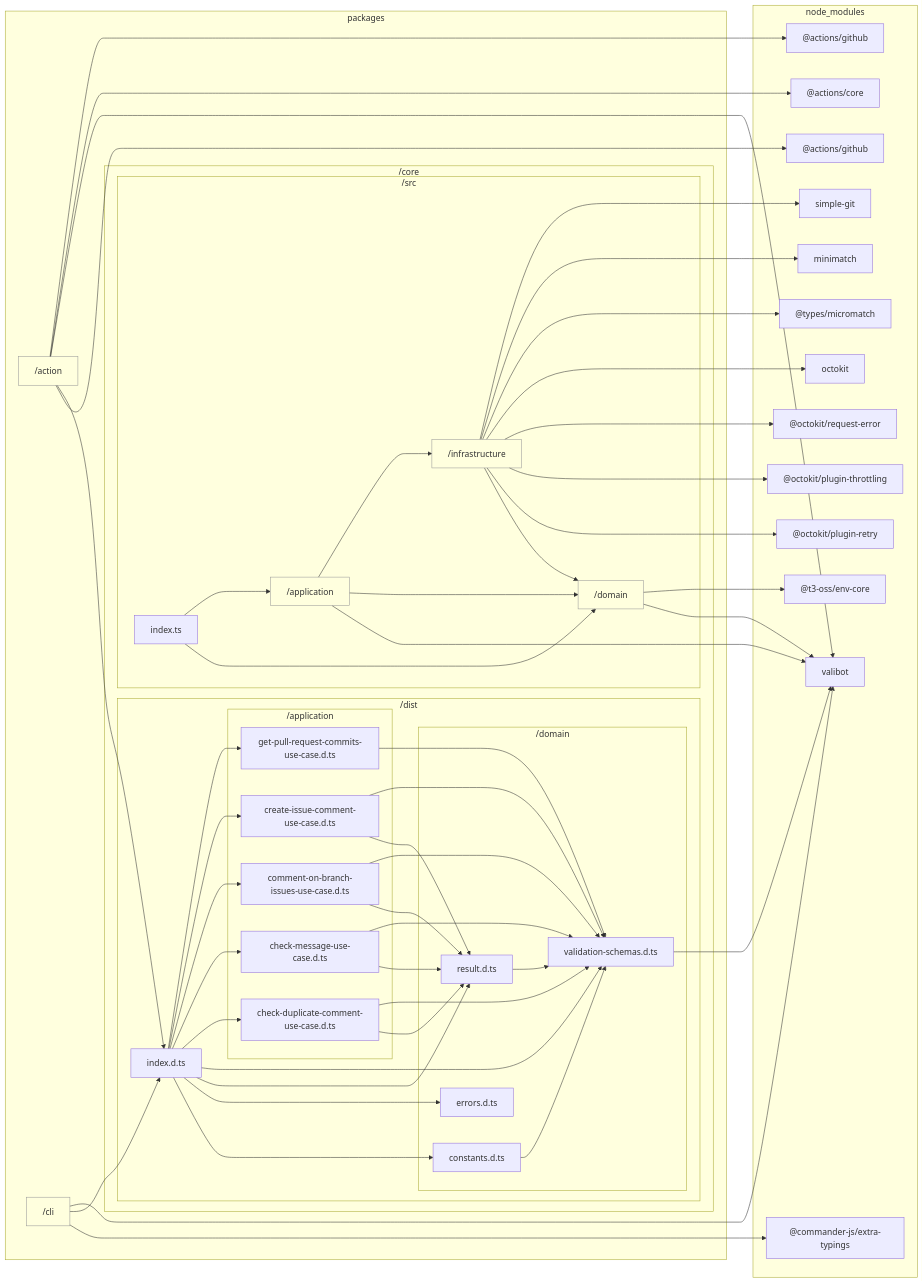
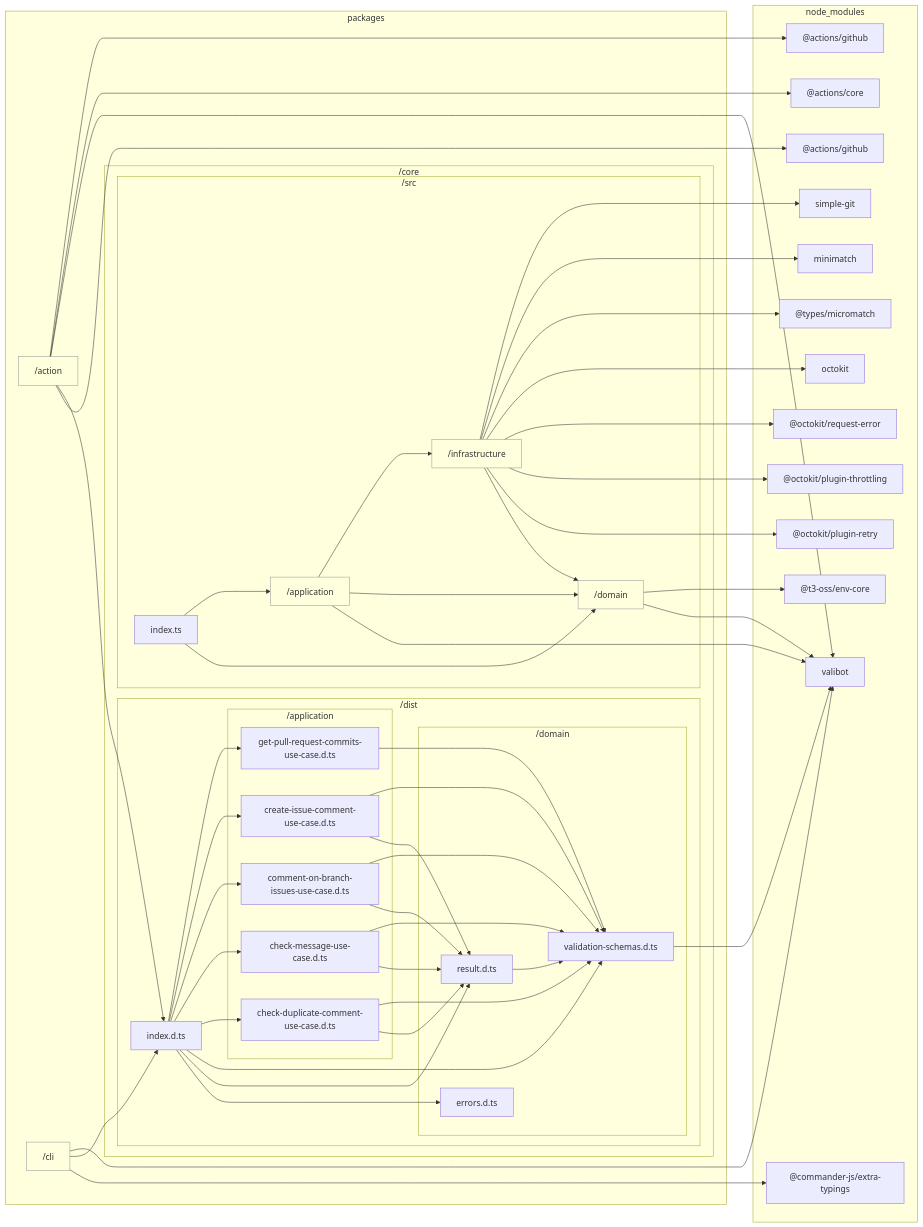
Before and after one commit to sugurutakahashi-1234/issue-linker: the diagram in docs/reports/dependencies/core-architecture.md, drawn with Mermaid. The commit also changed 39 other files, not shown here.

```diff
--- a/docs/reports/dependencies/core-architecture.md
+++ b/docs/reports/dependencies/core-architecture.md
@@ -14,9 +14,8 @@
             subgraph packages/core/dist["/dist"]
                 packages/core/dist/index.d.ts["index.d.ts"]
                 subgraph packages/core/dist/domain["/domain"]
+                    packages/core/dist/domain/errors.d.ts["errors.d.ts"]
                     packages/core/dist/domain/validation//schemas.d.ts["validation-schemas.d.ts"]
-                    packages/core/dist/domain/constants.d.ts["constants.d.ts"]
-                    packages/core/dist/domain/errors.d.ts["errors.d.ts"]
                     packages/core/dist/domain/result.d.ts["result.d.ts"]
                 end
                 subgraph packages/core/dist/application["/application"]
@@ -52,7 +51,6 @@
     end
     packages/action-->node//modules///actions/github/lib/context.d.ts
     packages/core/dist/domain/validation//schemas.d.ts-->node//modules/valibot/dist/index.d.cts
-    packages/core/dist/domain/constants.d.ts-->packages/core/dist/domain/validation//schemas.d.ts
     packages/core/dist/domain/result.d.ts-->packages/core/dist/domain/validation//schemas.d.ts
     packages/core/dist/application/check//duplicate//comment//use//case.d.ts-->packages/core/dist/domain/result.d.ts
     packages/core/dist/application/check//duplicate//comment//use//case.d.ts-->packages/core/dist/domain/validation//schemas.d.ts
@@ -63,7 +61,6 @@
     packages/core/dist/application/create//issue//comment//use//case.d.ts-->packages/core/dist/domain/result.d.ts
     packages/core/dist/application/create//issue//comment//use//case.d.ts-->packages/core/dist/domain/validation//schemas.d.ts
     packages/core/dist/application/get//pull//request//commits//use//case.d.ts-->packages/core/dist/domain/validation//schemas.d.ts
-    packages/core/dist/index.d.ts-->packages/core/dist/domain/constants.d.ts
     packages/core/dist/index.d.ts-->packages/core/dist/domain/errors.d.ts
     packages/core/dist/index.d.ts-->packages/core/dist/domain/result.d.ts
     packages/core/dist/index.d.ts-->packages/core/dist/domain/validation//schemas.d.ts
```
